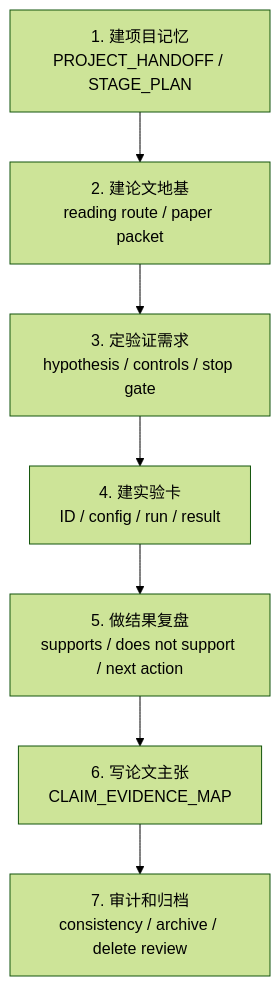
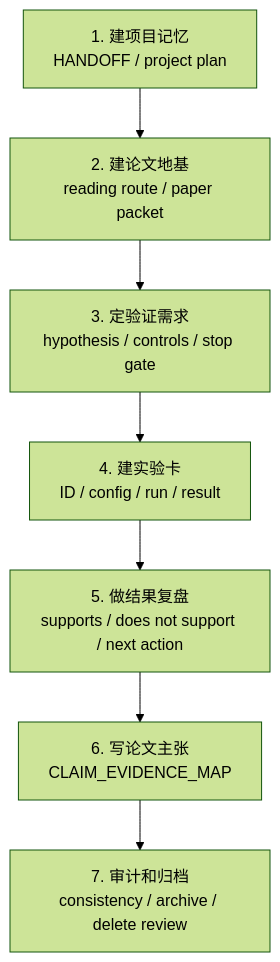
Before and after one commit to godzhiwzz-create/sci-research-codex-skills: the diagram in docs/tutorials/README.md, drawn with Mermaid (forest theme). The commit also changed other lines of this file and 46 other files, not shown here.

````diff
--- a/docs/tutorials/README.md
+++ b/docs/tutorials/README.md
@@ -23,9 +24,9 @@
 ```mermaid
 flowchart TD
-  A["1. 建项目记忆<br/>PROJECT_HANDOFF / STAGE_PLAN"] --> B["2. 建论文地基<br/>reading route / paper packet"]
+  A["1. 建项目记忆<br/>HANDOFF / project plan"] --> B["2. 建论文地基<br/>reading route / paper packet"]
   B --> C["3. 定验证需求<br/>hypothesis / controls / stop gate"]
   C --> D["4. 建实验卡<br/>ID / config / run / result"]
   D --> E["5. 做结果复盘<br/>supports / does not support / next action"]
   E --> F["6. 写论文主张<br/>CLAIM_EVIDENCE_MAP"]
   F --> G["7. 审计和归档<br/>consistency / archive / delete review"]
 ```
````
